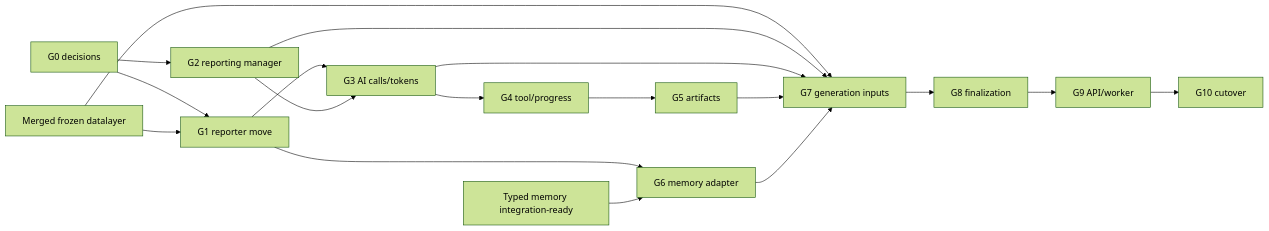
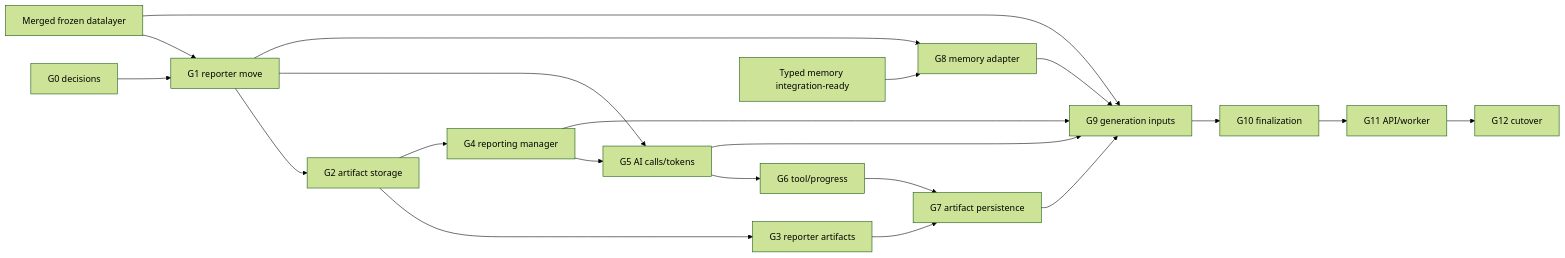
One commit to maxwn04/AIdamShefter-v2 changed the diagram in docs/generation/implementation-plan.md. Above: the diagram before and after it, drawn with Mermaid (forest theme). The commit also changed other lines of this file and 10 other files, not shown here.

Commit message:
feat(reporting): align artifact storage contract

````diff
--- a/docs/generation/implementation-plan.md
+++ b/docs/generation/implementation-plan.md
@@ -195,20 +231,23 @@
 ```mermaid
 flowchart LR
     G0["G0 decisions"] --> G1["G1 reporter move"]
-    G0 --> G2["G2 reporting manager"]
-    G1 --> G3["G3 AI calls/tokens"]
-    G2 --> G3
-    G3 --> G4["G4 tool/progress"]
-    G4 --> G5["G5 artifacts"]
-    G1 --> G6["G6 memory adapter"]
-    Memory["Typed memory integration-ready"] --> G6
+    G1 --> G2["G2 artifact storage"]
+    G2 --> G3["G3 reporter artifacts"]
+    G2 --> G4["G4 reporting manager"]
+    G1 --> G5["G5 AI calls/tokens"]
+    G4 --> G5
+    G5 --> G6["G6 tool/progress"]
+    G6 --> G7["G7 artifact persistence"]
+    G3 --> G7
+    G1 --> G8["G8 memory adapter"]
+    Memory["Typed memory integration-ready"] --> G8
     Data["Merged frozen datalayer"] --> G1
-    Data --> G7["G7 generation inputs"]
-    G2 --> G7
-    G3 --> G7
-    G5 --> G7
-    G6 --> G7
-    G7 --> G8["G8 finalization"]
-    G8 --> G9["G9 API/worker"]
-    G9 --> G10["G10 cutover"]
+    Data --> G9["G9 generation inputs"]
+    G4 --> G9
+    G5 --> G9
+    G7 --> G9
+    G8 --> G9
+    G9 --> G10["G10 finalization"]
+    G10 --> G11["G11 API/worker"]
+    G11 --> G12["G12 cutover"]
 ```
````
